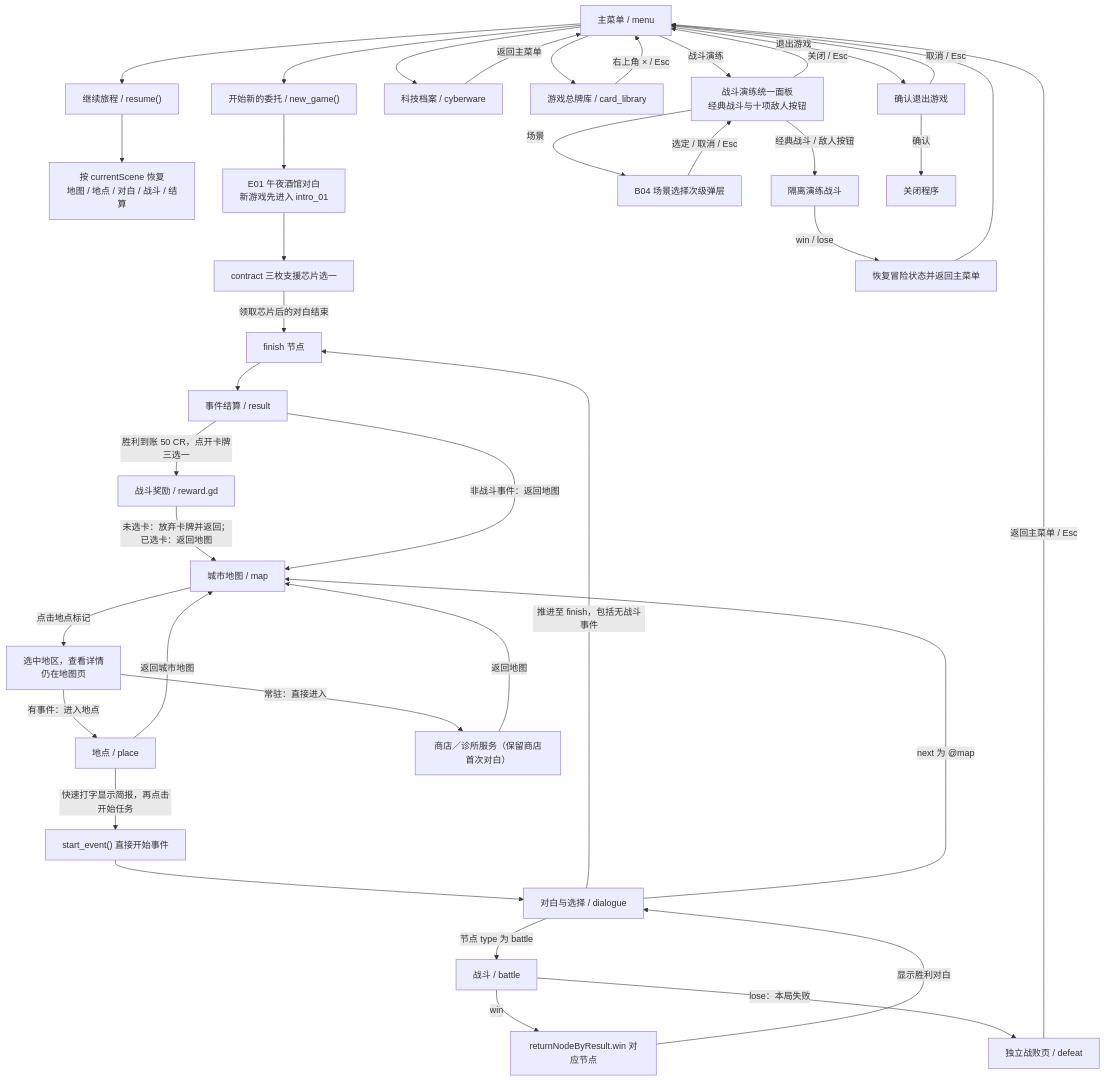
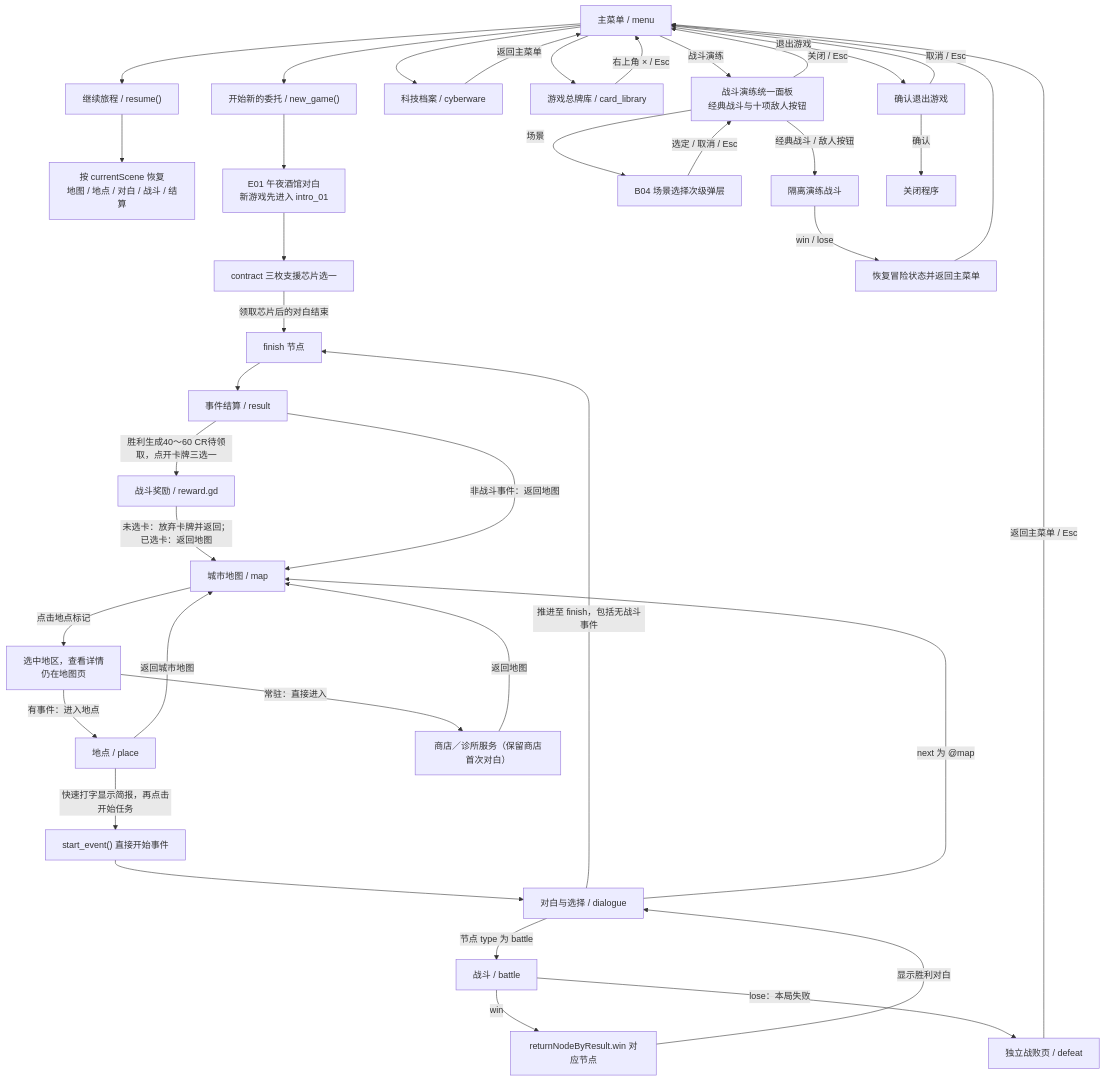
The diagram in docs/游戏流程与路由.md (iris-homework/game-demo), drawn with Mermaid before and after one commit. The commit also changed other lines of this file and 16 other files, not shown here.

````diff
--- a/docs/游戏流程与路由.md
+++ b/docs/游戏流程与路由.md
@@ -65,62 +65,62 @@
 ```mermaid
 flowchart TD
     menu["主菜单 / menu"]
     newgame["开始新的委托 / new_game()"]
     resume["继续旅程 / resume()"]
     restore["按 currentScene 恢复<br/>地图 / 地点 / 对白 / 战斗 / 结算"]
     e01["E01 午夜酒馆对白<br/>新游戏先进入 intro_01"]
     contract["contract 三枚支援芯片选一"]
     map["城市地图 / map"]
     detail["选中地区，查看详情<br/>仍在地图页"]
     place["地点 / place"]
     startEvent["start_event() 直接开始事件"]
     dialogue["对白与选择 / dialogue"]
     battle["战斗 / battle"]
     finishNode["finish 节点"]
     result["事件结算 / result"]
     cyberware["科技档案 / cyberware"]
     library["游戏总牌库 / card_library"]
     trainingPanel["战斗演练统一面板<br/>经典战斗与十项敌人按钮"]
     scenery["B04 场景选择次级弹层"]
     training["隔离演练战斗"]
     trainEnd["恢复冒险状态并返回主菜单"]
 
     menu --> newgame
     menu --> resume
     menu -->|"退出游戏"| quitConfirm["确认退出游戏"]
     quitConfirm -->|"确认"| quit["关闭程序"]
     quitConfirm -->|"取消 / Esc"| menu
     menu --> cyberware
     menu --> library
     library -->|"右上角 × / Esc"| menu
     menu -->|"战斗演练"| trainingPanel
     trainingPanel -->|"关闭 / Esc"| menu
     trainingPanel -->|"场景"| scenery
     scenery -->|"选定 / 取消 / Esc"| trainingPanel
     trainingPanel -->|"经典战斗 / 敌人按钮"| training
     newgame --> e01
     resume --> restore
     e01 --> contract
     contract -->|"领取芯片后的对白结束"| finishNode
     map -->|"点击地点标记"| detail
     detail -->|"有事件：进入地点"| place
     detail -->|"常驻：直接进入"| service["商店／诊所服务（保留商店首次对白）"]
     service -->|"返回地图"| map
     place -->|"快速打字显示简报，再点击开始任务"| startEvent
     place -->|"返回城市地图"| map
     startEvent --> dialogue
     dialogue -->|"节点 type 为 battle"| battle
     dialogue -->|"推进至 finish，包括无战斗事件"| finishNode
     dialogue -->|"next 为 @map"| map
     battle -->|"win"| ret["returnNodeByResult.win 对应节点"]
     ret -->|"显示胜利对白"| dialogue
     battle -->|"lose：本局失败"| defeat["独立战败页 / defeat"]
     defeat -->|"返回主菜单 / Esc"| menu
     finishNode --> result
-    result -->|"胜利到账 50 CR，点开卡牌三选一"| choice["战斗奖励 / reward.gd"]
+    result -->|"胜利生成40～60 CR待领取，点开卡牌三选一"| choice["战斗奖励 / reward.gd"]
     choice -->|"未选卡：放弃卡牌并返回；已选卡：返回地图"| map
     result -->|"非战斗事件：返回地图"| map
     training -->|"win / lose"| trainEnd
     trainEnd --> menu
     cyberware -->|"返回主菜单"| menu
 ```
````
